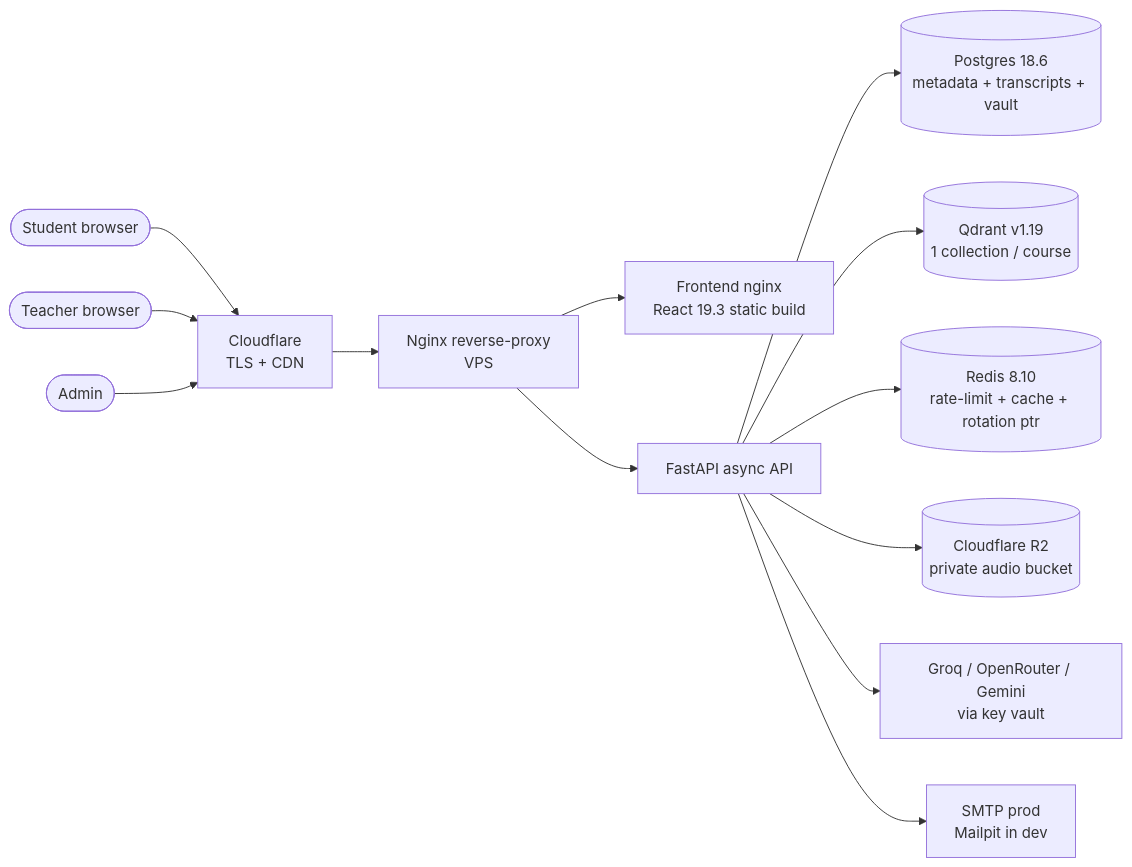
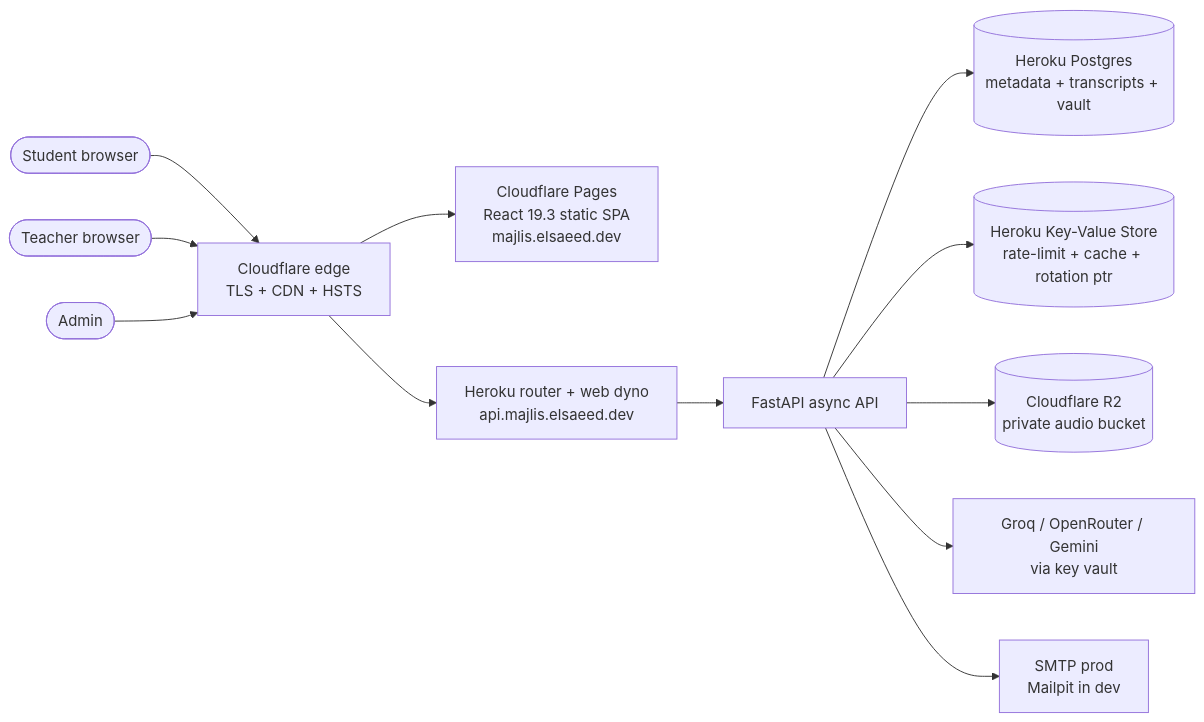
Before and after one commit to Mahmoud-El-Saeed/majlis: the first of 2 diagrams in docs/architecture.md, drawn with Mermaid. The commit also changed other lines of this file and 7 other files, not shown here.

First line of the commit message:
feat(infra): ticket 26 SPA on Cloudflare Pages, published by GitHub Actions

````diff
--- a/docs/architecture.md
+++ b/docs/architecture.md
@@ -7,15 +7,14 @@
 ```mermaid
 flowchart LR
-    Student([Student browser]) --> CF[Cloudflare<br/>TLS + CDN]
+    Student([Student browser]) --> CF[Cloudflare edge<br/>TLS + CDN + HSTS]
     Teacher([Teacher browser]) --> CF
     Admin([Admin]) --> CF
-    CF --> Proxy[Nginx reverse-proxy<br/>VPS]
-    Proxy --> FE[Frontend nginx<br/>React 19.3 static build]
-    Proxy --> API[FastAPI async API]
-    API --> PG[(Postgres 18.6<br/>metadata + transcripts + vault)]
-    API --> QD[(Qdrant v1.19<br/>1 collection / course)]
-    API --> RD[(Redis 8.10<br/>rate-limit + cache + rotation ptr)]
+    CF --> Pages[Cloudflare Pages<br/>React 19.3 static SPA<br/>majlis.elsaeed.dev]
+    CF --> Heroku[Heroku router + web dyno<br/>api.majlis.elsaeed.dev]
+    Heroku --> API[FastAPI async API]
+    API --> PG[(Heroku Postgres<br/>metadata + transcripts + vault)]
+    API --> RD[(Heroku Key-Value Store<br/>rate-limit + cache + rotation ptr)]
     API --> R2[(Cloudflare R2<br/>private audio bucket)]
     API --> LLMs[Groq / OpenRouter / Gemini<br/>via key vault]
     API --> SMTP[SMTP prod<br/>Mailpit in dev]
 ```
````
